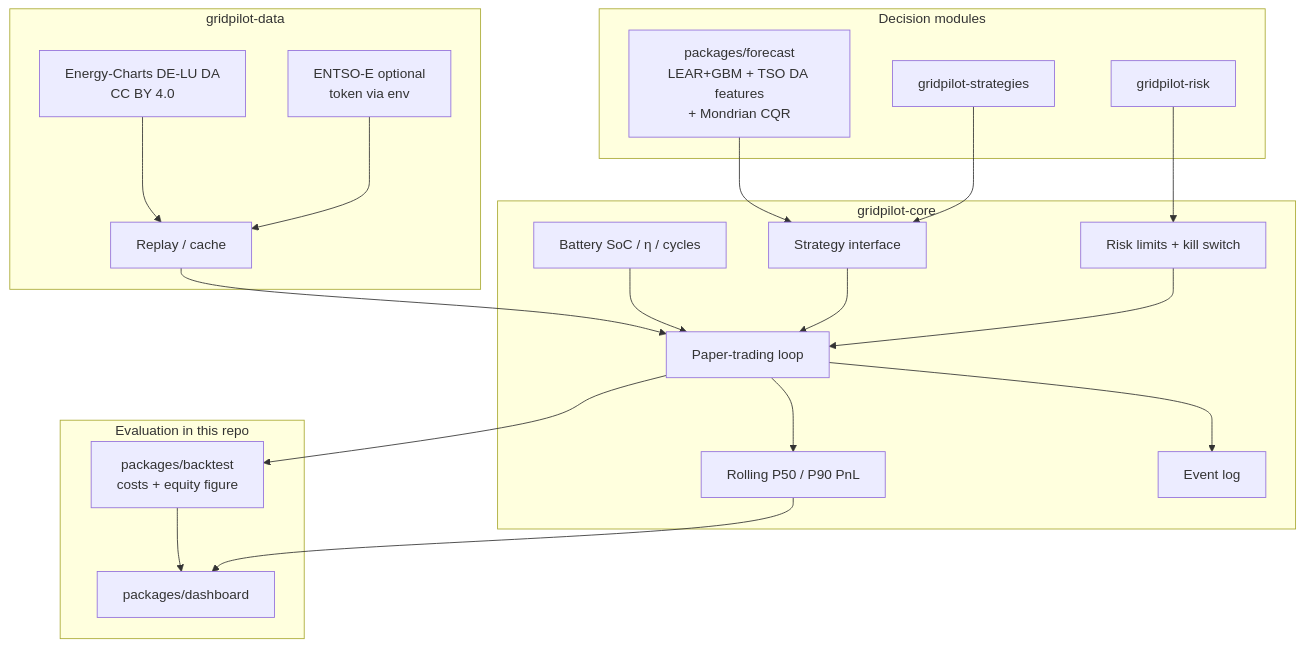
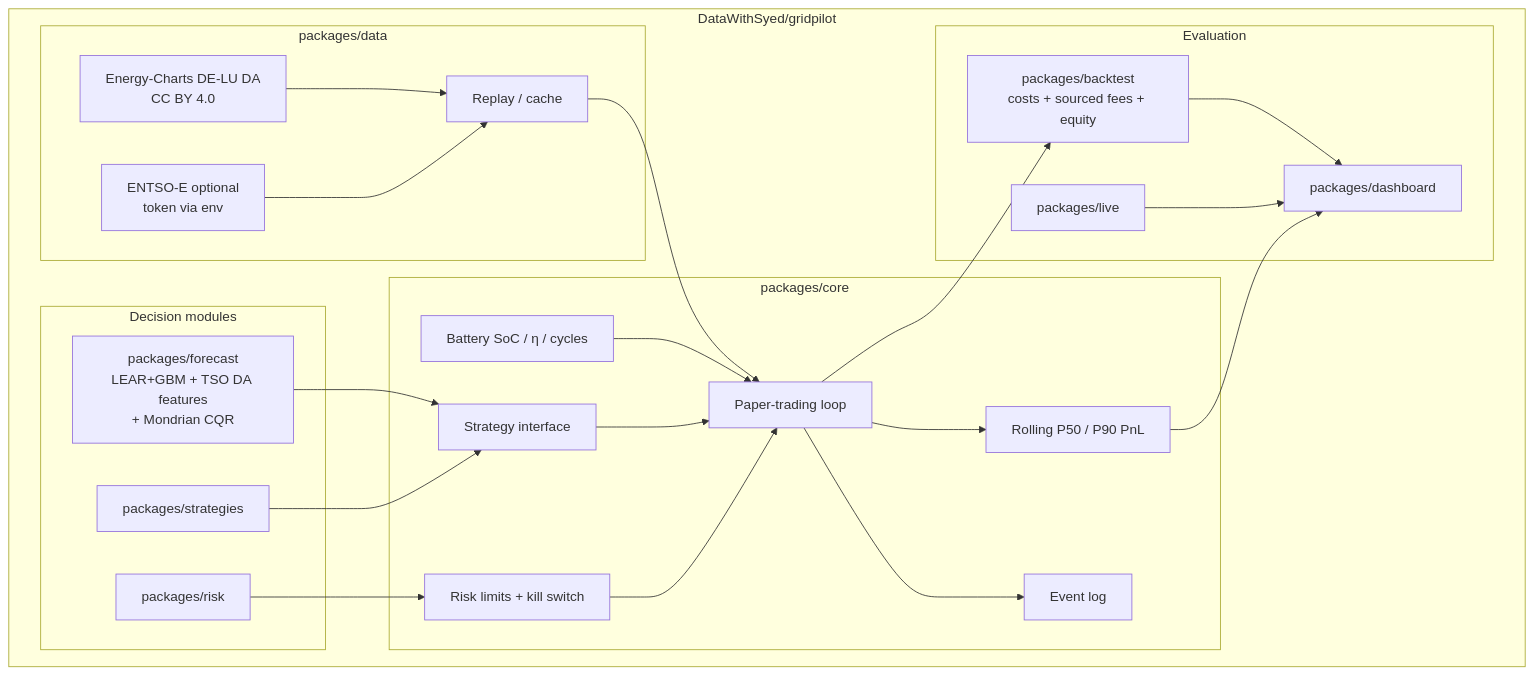
Before and after one commit to DataWithSyed/gridpilot: the diagram in README.md, drawn with Mermaid. The commit also changed other lines of this file and 19 other files, not shown here.

First line of the commit message:
Merge core, data, risk and strategies into a single-repo install

````diff
--- a/README.md
+++ b/README.md
@@ -15,43 +15,47 @@
 ```mermaid
 flowchart TB
-  subgraph data [gridpilot-data]
-    EC[Energy-Charts DE-LU DA<br/>CC BY 4.0]
-    ENTSO[ENTSO-E optional<br/>token via env]
-    Replay[Replay / cache]
-  end
+  subgraph repo ["DataWithSyed/gridpilot"]
+    subgraph data ["packages/data"]
+      EC[Energy-Charts DE-LU DA<br/>CC BY 4.0]
+      ENTSO[ENTSO-E optional<br/>token via env]
+      Replay[Replay / cache]
+    end
 
-  subgraph core [gridpilot-core]
-    Batt[Battery SoC / η / cycles]
-    StratIF[Strategy interface]
-    RiskCore[Risk limits + kill switch]
-    Paper[Paper-trading loop]
-    Pctl[Rolling P50 / P90 PnL]
-    Log[Event log]
-  end
+    subgraph core ["packages/core"]
+      Batt[Battery SoC / η / cycles]
+      StratIF[Strategy interface]
+      RiskCore[Risk limits + kill switch]
+      Paper[Paper-trading loop]
+      Pctl[Rolling P50 / P90 PnL]
+      Log[Event log]
+    end
 
-  subgraph brain [Decision modules]
-    FC["packages/forecast<br/>LEAR+GBM + TSO DA features<br/>+ Mondrian CQR"]
-    STR[gridpilot-strategies]
-    RSK[gridpilot-risk]
-  end
+    subgraph brain [Decision modules]
+      FC["packages/forecast<br/>LEAR+GBM + TSO DA features<br/>+ Mondrian CQR"]
+      STR[packages/strategies]
+      RSK[packages/risk]
+    end
 
-  subgraph eval [Evaluation in this repo]
-    BT["packages/backtest<br/>costs + equity figure"]
-    UI[packages/dashboard]
+    subgraph eval [Evaluation]
+      BT["packages/backtest<br/>costs + sourced fees + equity"]
+      UI[packages/dashboard]
+      LV[packages/live]
+    end
   end
 
   EC --> Replay
   ENTSO --> Replay
   Replay --> Paper
   Batt --> Paper
   StratIF --> Paper
   RiskCore --> Paper
   Paper --> Log
   Paper --> Pctl
   FC --> StratIF
   STR --> StratIF
   RSK --> RiskCore
   Paper --> BT
   BT --> UI
   Pctl --> UI
+  LV --> UI
 ```
````
